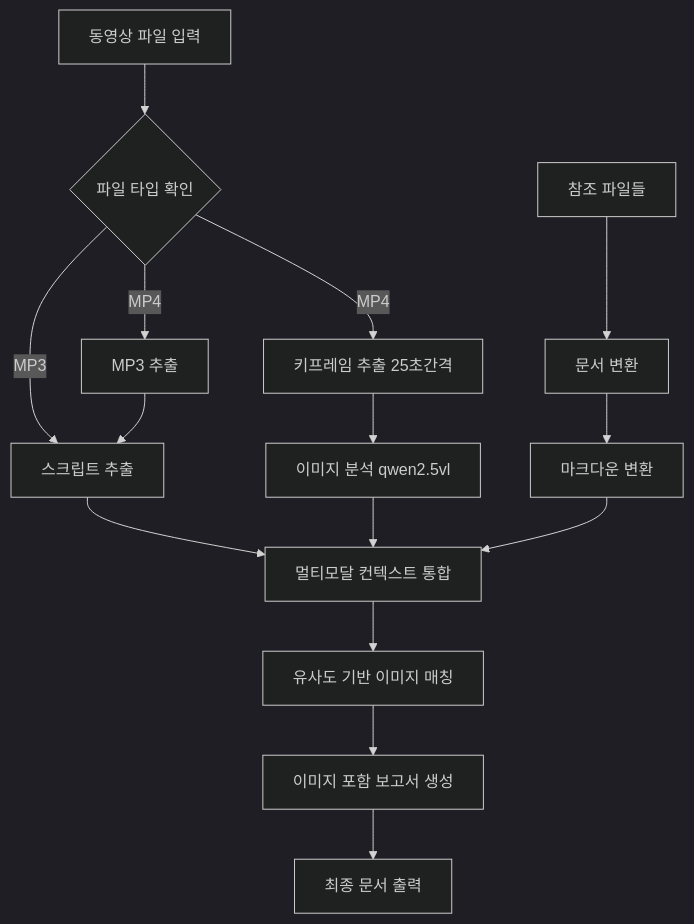
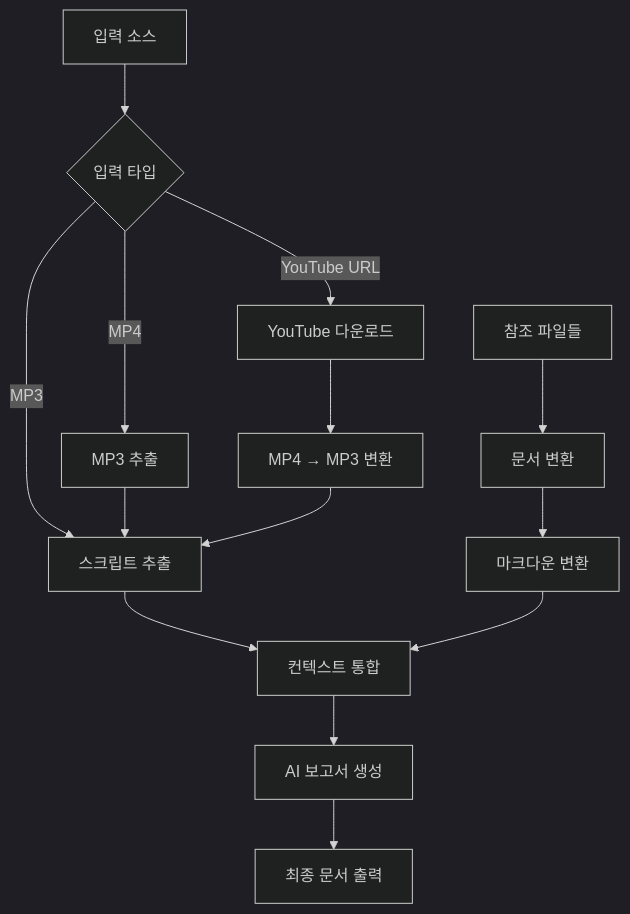
The diagram in README.md (iorikyo79/video2doc), drawn with Mermaid (dark theme) before and after one commit. The commit also changed other lines of this file, not shown here.

Commit message:
Update README.md to enhance clarity on Video2Doc Agent's capabilities, including support for audio/video content and YouTube URLs. Refactor sections for improved structure and add details on advanced processing features.

````diff
--- a/README.md
+++ b/README.md
@@ -72,19 +70,19 @@
 ```mermaid
 graph TD
-    A[동영상 파일 입력] --> B{파일 타입 확인}
+    A[입력 소스] --> B{입력 타입}
     B -->|MP4| C[MP3 추출]
-    B -->|MP4| D[키프레임 추출 25초간격]
-    B -->|MP3| E[스크립트 추출]
-    C --> E[스크립트 추출]
-    D --> F[이미지 분석 qwen2.5vl]
+    B -->|MP3| D[스크립트 추출]
+    B -->|YouTube URL| E[YouTube 다운로드]
+    
+    C --> D
+    E --> F[MP4 → MP3 변환]
+    F --> D
     
     G[참조 파일들] --> H[문서 변환]
     H --> I[마크다운 변환]
     
-    E --> J[멀티모달 컨텍스트 통합]
-    F --> J
+    D --> J[컨텍스트 통합]
     I --> J
-    J --> K[유사도 기반 이미지 매칭]
-    K --> L[이미지 포함 보고서 생성]
-    L --> M[최종 문서 출력]
+    J --> K[AI 보고서 생성]
+    K --> L[최종 문서 출력]
 ```
````
